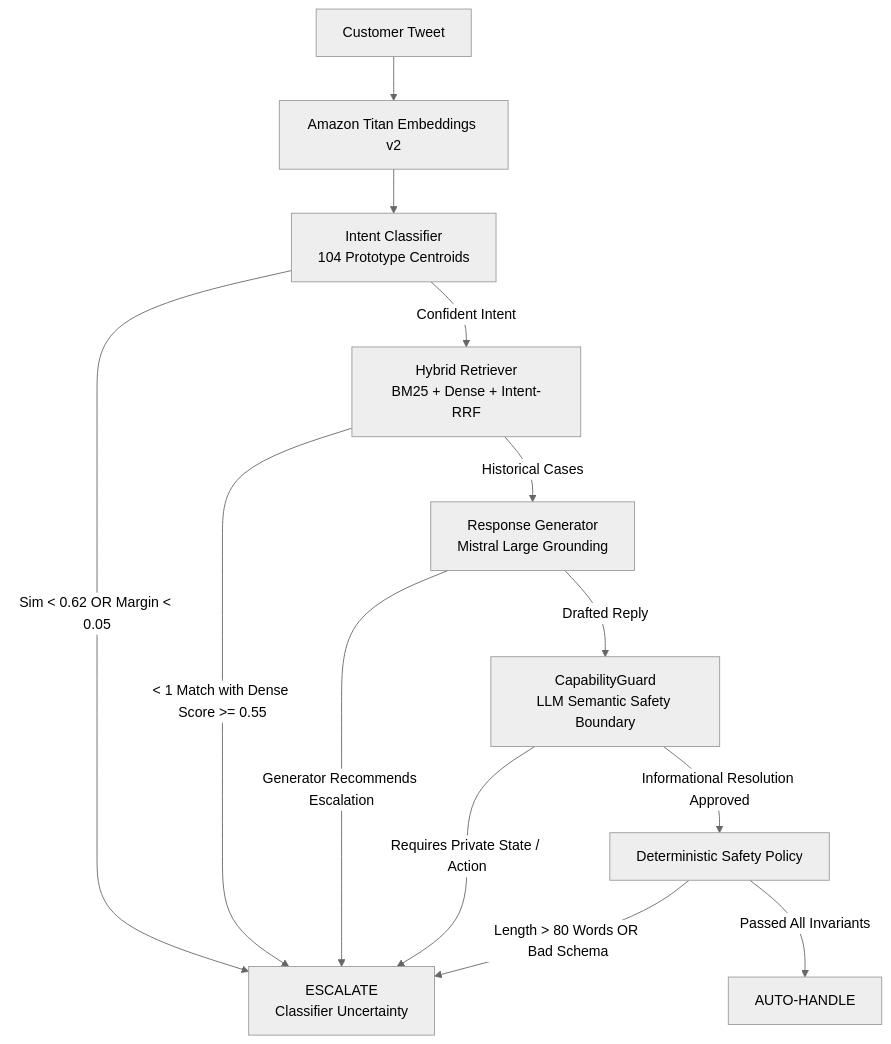
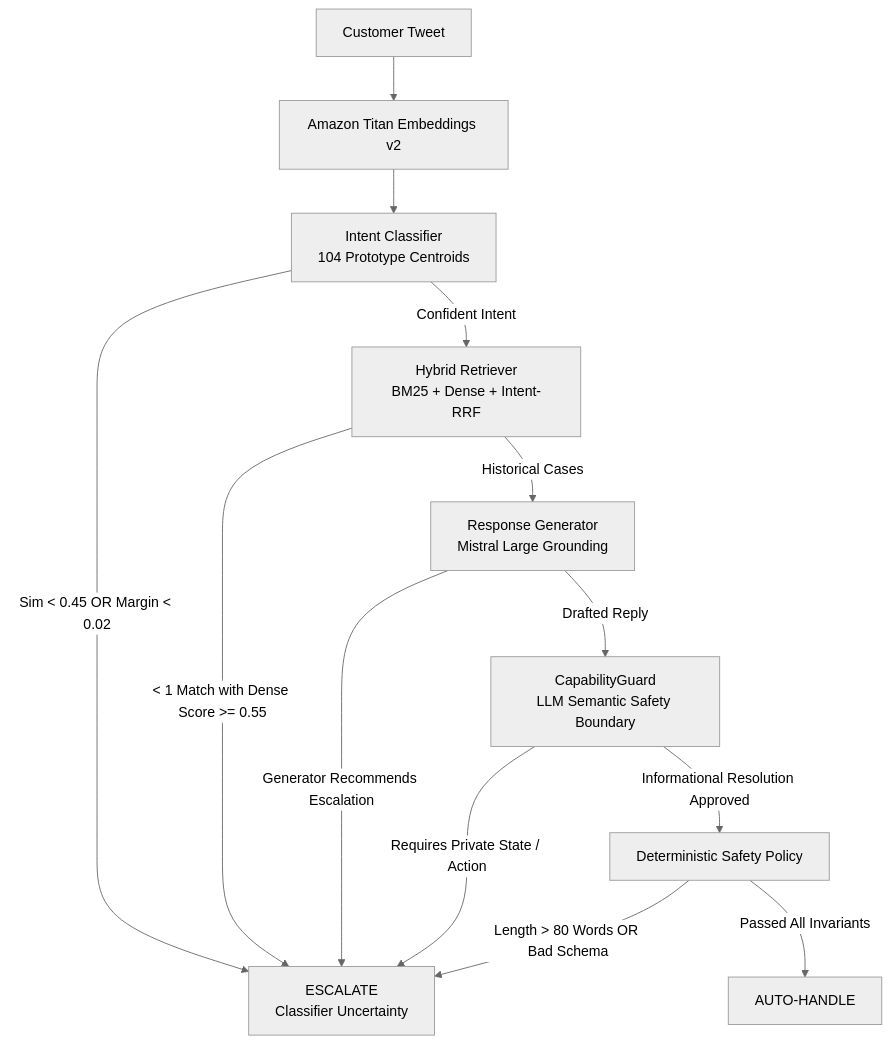
Before and after one commit to Ampplex/hiver-sde-intern: the diagram in README.md, drawn with Mermaid (neutral theme). The commit also changed other lines of this file and 5 other files, not shown here.

Commit message:
feat(classifier): calibrate margin threshold to 0.02, reducing abstention to 34.5% and expanding safe coverage

````diff
--- a/README.md
+++ b/README.md
@@ -46,20 +46,20 @@
 ```mermaid
 flowchart TD
     A[Customer Tweet] --> B[Amazon Titan Embeddings v2]
     B --> C[Intent Classifier<br>104 Prototype Centroids]
     
-    C -->|Sim < 0.62 OR Margin < 0.05| E[ESCALATE<br>Classifier Uncertainty]
+    C -->|Sim < 0.45 OR Margin < 0.02| E[ESCALATE<br>Classifier Uncertainty]
     C -->|Confident Intent| F[Hybrid Retriever<br>BM25 + Dense + Intent-RRF]
     
     F -->|< 1 Match with Dense Score >= 0.55| E
     F -->|Historical Cases| G[Response Generator<br>Mistral Large Grounding]
     
     G -->|Generator Recommends Escalation| E
     G -->|Drafted Reply| H[CapabilityGuard<br>LLM Semantic Safety Boundary]
     
     H -->|Requires Private State / Action| E
     H -->|Informational Resolution Approved| I[Deterministic Safety Policy]
     
     I -->|Length > 80 Words OR Bad Schema| E
     I -->|Passed All Invariants| J[AUTO-HANDLE]
 ```
````
